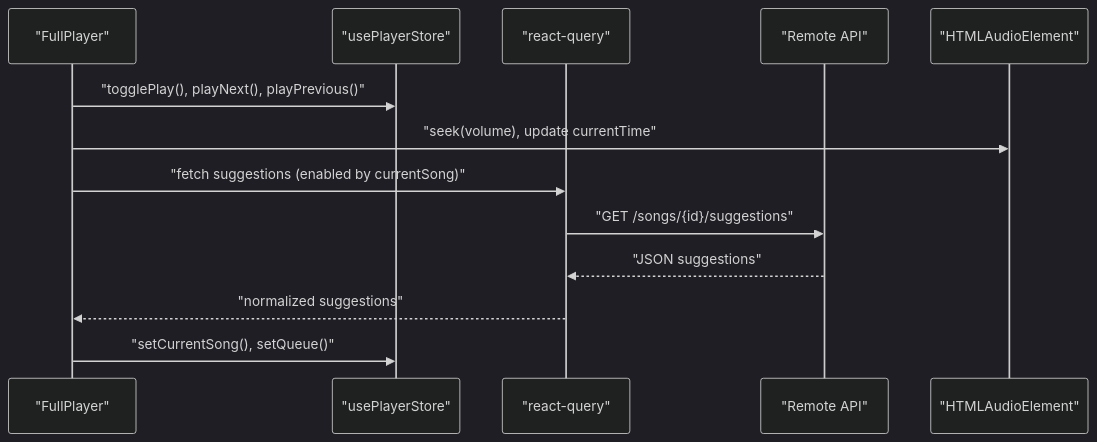
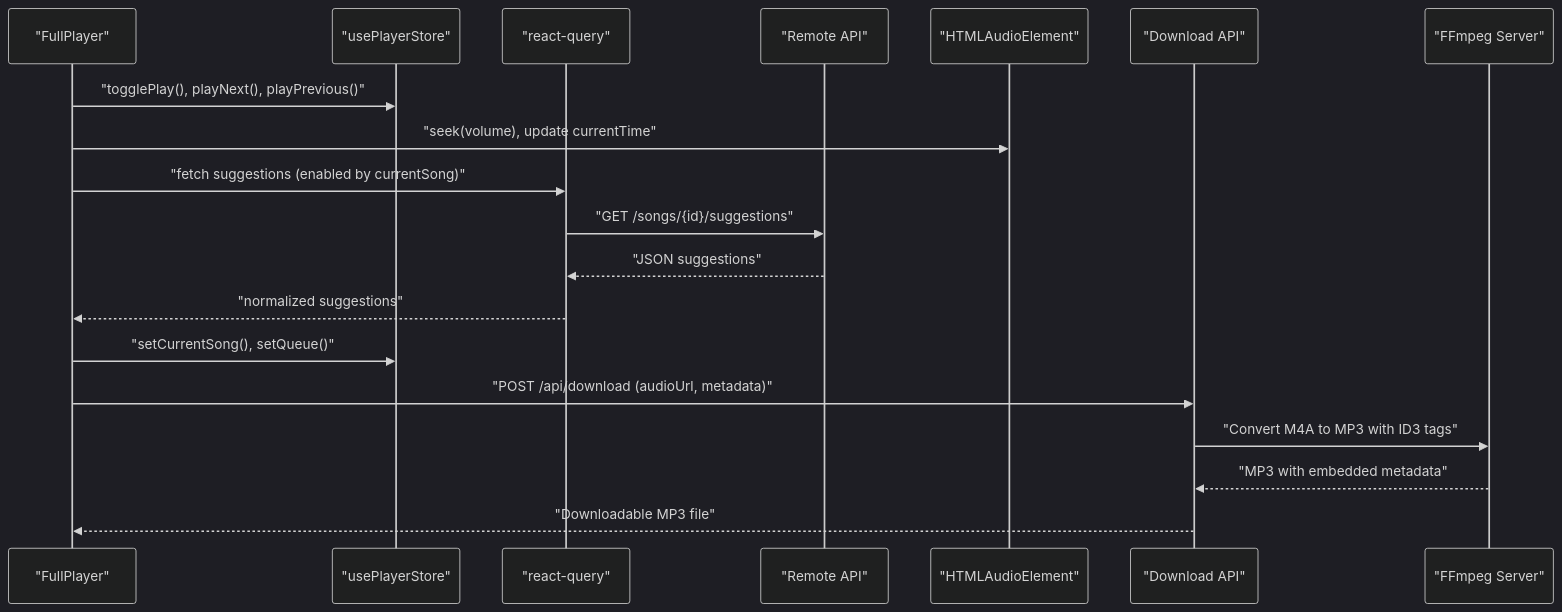
Before and after one commit to moindestiny/SonicStream: the fourth of 9 diagrams in .qoder/repowiki/en/content/Core Features/Audio Player.md, drawn with Mermaid (dark theme). The commit also changed other lines of this file and 12 other files, not shown here.

````diff
--- a/.qoder/repowiki/en/content/Core Features/Audio Player.md
+++ b/.qoder/repowiki/en/content/Core Features/Audio Player.md
@@ -214,15 +249,21 @@
 ```mermaid
 sequenceDiagram
 participant UI as "FullPlayer"
 participant Store as "usePlayerStore"
 participant Query as "react-query"
 participant API as "Remote API"
 participant Audio as "HTMLAudioElement"
+participant DownloadAPI as "Download API"
+participant FFmpeg as "FFmpeg Server"
 UI->>Store : "togglePlay(), playNext(), playPrevious()"
 UI->>Audio : "seek(volume), update currentTime"
 UI->>Query : "fetch suggestions (enabled by currentSong)"
 Query->>API : "GET /songs/{id}/suggestions"
 API-->>Query : "JSON suggestions"
 Query-->>UI : "normalized suggestions"
 UI->>Store : "setCurrentSong(), setQueue()"
+UI->>DownloadAPI : "POST /api/download (audioUrl, metadata)"
+DownloadAPI->>FFmpeg : "Convert M4A to MP3 with ID3 tags"
+FFmpeg-->>DownloadAPI : "MP3 with embedded metadata"
+DownloadAPI-->>UI : "Downloadable MP3 file"
 ```
````
